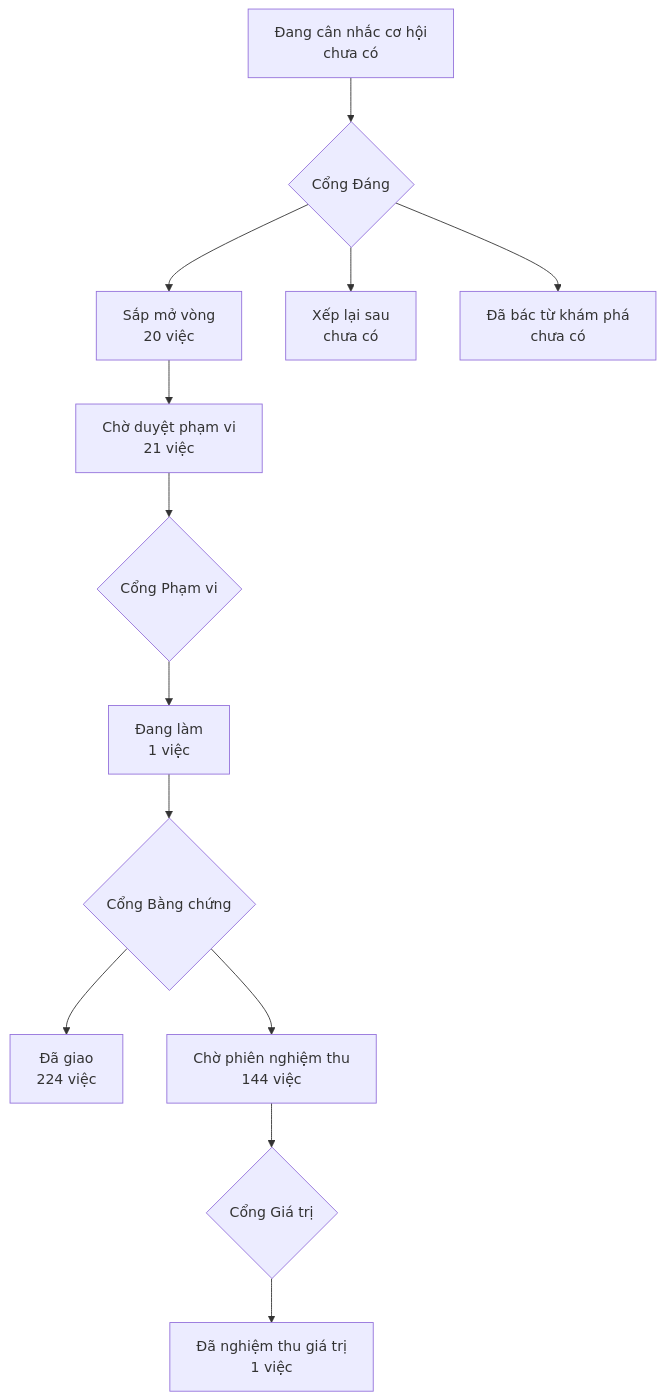
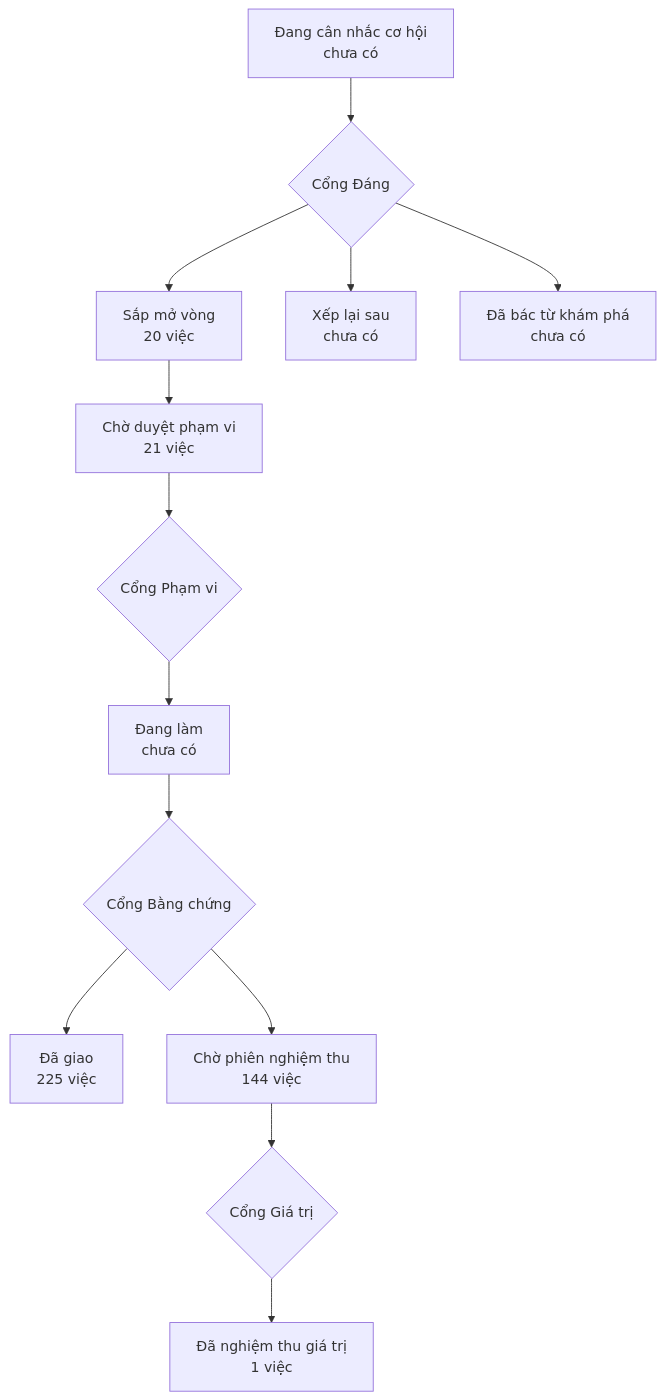
One commit to phanlemanh/onehub-invest changed the diagram in PRODUCT-MAP.md. Above: the diagram before and after it, drawn with Mermaid. The commit also changed other lines of this file and 4 other files, not shown here.

````diff
--- a/PRODUCT-MAP.md
+++ b/PRODUCT-MAP.md
@@ -7,12 +7,12 @@
 ```mermaid
 flowchart TD
   A["Đang cân nhắc cơ hội<br/>chưa có"] --> GD{"Cổng Đáng"}
   GD --> B["Sắp mở vòng<br/>20 việc"]
   GD --> XL["Xếp lại sau<br/>chưa có"]
   GD --> DB["Đã bác từ khám phá<br/>chưa có"]
   B --> CD["Chờ duyệt phạm vi<br/>21 việc"] --> GP{"Cổng Phạm vi"}
-  GP --> DL["Đang làm<br/>1 việc"] --> GB{"Cổng Bằng chứng"}
-  GB --> DG["Đã giao<br/>224 việc"]
+  GP --> DL["Đang làm<br/>chưa có"] --> GB{"Cổng Bằng chứng"}
+  GB --> DG["Đã giao<br/>225 việc"]
   GB --> CN["Chờ phiên nghiệm thu<br/>144 việc"] --> GG{"Cổng Giá trị"}
   GG --> NT["Đã nghiệm thu giá trị<br/>1 việc"]
 ```
````
